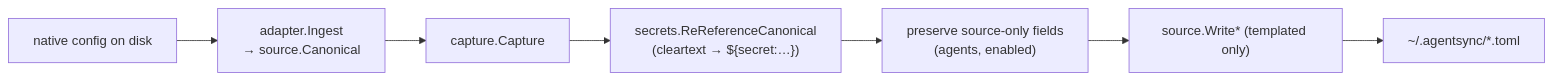
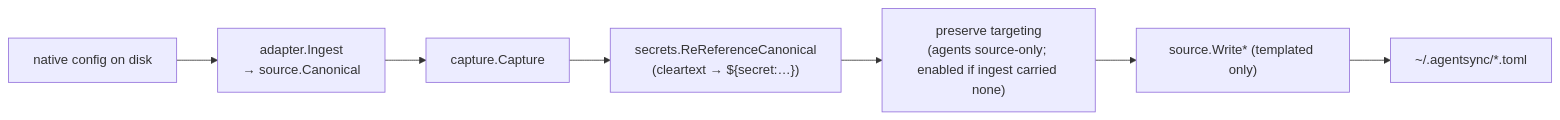
Before and after one commit to spxrogers/agentsync: the third of 4 diagrams in docs/architecture.md, drawn with Mermaid. The commit also changed other lines of this file and 97 other files, not shown here.

````diff
--- a/docs/architecture.md
+++ b/docs/architecture.md
@@ -424,9 +477,9 @@
 ```mermaid
 flowchart LR
     NATIVE["native config on disk"] --> ING["adapter.Ingest<br/>→ source.Canonical"]
     ING --> CAP["capture.Capture"]
     CAP --> RR["secrets.ReReferenceCanonical<br/>(cleartext → ${secret:…})"]
-    RR --> PRES["preserve source-only fields<br/>(agents, enabled)"]
+    RR --> PRES["preserve targeting<br/>(agents source-only; enabled if ingest carried none)"]
     PRES --> WR["source.Write* (templated only)"]
     WR --> SRC["~/.agentsync/*.toml"]
 ```
````
